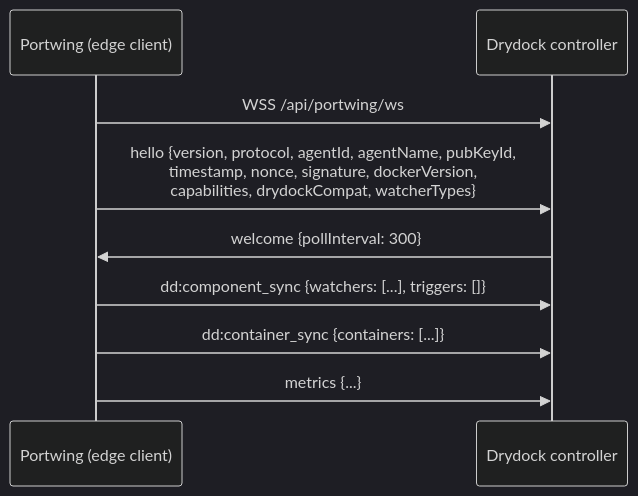
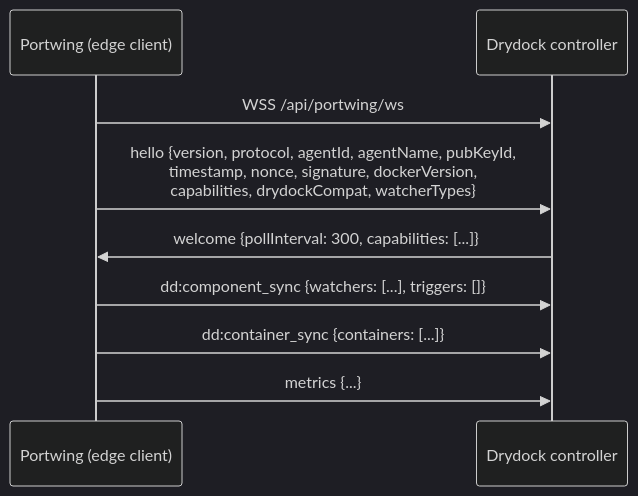
Before and after one commit to CodesWhat/portwing: the third of 3 diagrams in docs/drydock-integration.md, drawn with Mermaid (dark theme). The commit also changed 10 other files, not shown here.

````diff
--- a/docs/drydock-integration.md
+++ b/docs/drydock-integration.md
@@ -76,11 +76,11 @@
 ```mermaid
 sequenceDiagram
     participant L as Portwing (edge client)
     participant D as Drydock controller
     L->>D: WSS /api/portwing/ws
     L->>D: hello {version, protocol, agentId, agentName, pubKeyId,<br/>timestamp, nonce, signature, dockerVersion,<br/>capabilities, drydockCompat, watcherTypes}
-    D->>L: welcome {pollInterval: 300}
+    D->>L: welcome {pollInterval: 300, capabilities: [...]}
     L->>D: dd:component_sync {watchers: [...], triggers: []}
     L->>D: dd:container_sync {containers: [...]}
     L->>D: metrics {...}
 ```
````
